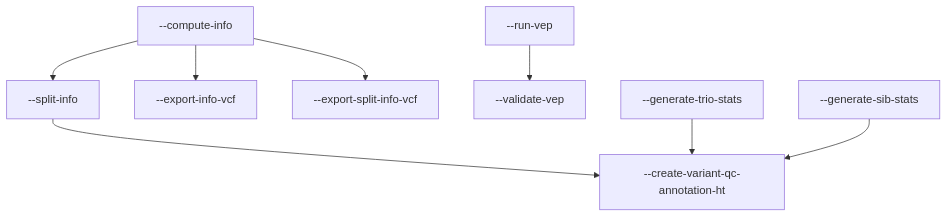
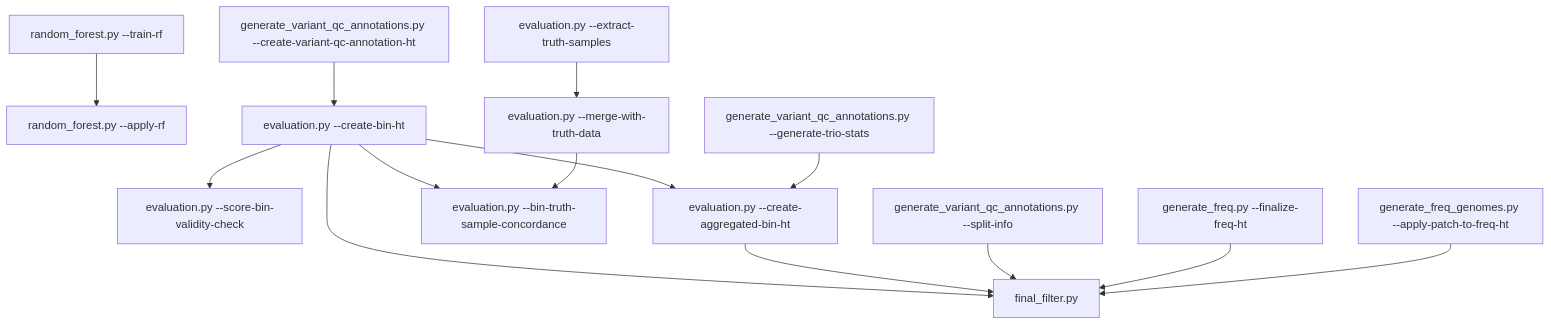
Before and after one commit to broadinstitute/gnomad_qc: the fourth of 34 diagrams in test_flowchart.md, drawn with Mermaid. The commit also changed other lines of this file, not shown here.

````diff
--- a/test_flowchart.md
+++ b/test_flowchart.md
@@ -42,10 +65,16 @@
 ```mermaid
 flowchart TD;
-  compute-info["--compute-info"] --> split-info["--split-info"];
-  split-info["--split-info"] --> create-variant-qc-annotation-ht["--create-variant-qc-annotation-ht"];
-  compute-info["--compute-info"] --> export-info-vcf["--export-info-vcf"];
-  compute-info["--compute-info"] --> export-split-info-vcf["--export-split-info-vcf"];
-  run-vep["--run-vep"] --> validate-vep["--validate-vep"];
-  generate-trio-stats["--generate-trio-stats"] --> create-variant-qc-annotation-ht["--create-variant-qc-annotation-ht"];
-  generate-sib-stats["--generate-sib-stats"] --> create-variant-qc-annotation-ht["--create-variant-qc-annotation-ht"];
+  train-rf["random_forest.py --train-rf"] --> apply-rf["random_forest.py --apply-rf"];
+  create-variant-qc-annotation-ht["generate_variant_qc_annotations.py --create-variant-qc-annotation-ht"] --> create-bin-ht["evaluation.py --create-bin-ht"];
+  create-bin-ht["evaluation.py --create-bin-ht"] --> score-bin-validity-check["evaluation.py --score-bin-validity-check"];
+  create-bin-ht["evaluation.py --create-bin-ht"] --> create-aggregated-bin-ht["evaluation.py --create-aggregated-bin-ht"];
+  generate-trio-stats["generate_variant_qc_annotations.py --generate-trio-stats"] --> create-aggregated-bin-ht["evaluation.py --create-aggregated-bin-ht"];
+  create-bin-ht["evaluation.py --create-bin-ht"] --> bin-truth-sample-concordance["evaluation.py --bin-truth-sample-concordance"];
+  merge-with-truth-data["evaluation.py --merge-with-truth-data"] --> bin-truth-sample-concordance["evaluation.py --bin-truth-sample-concordance"];
+  extract-truth-samples["evaluation.py --extract-truth-samples"] --> merge-with-truth-data["evaluation.py --merge-with-truth-data"];
+  create-bin-ht["evaluation.py --create-bin-ht"] --> final_filter.py["final_filter.py"];
+  create-aggregated-bin-ht["evaluation.py --create-aggregated-bin-ht"] --> final_filter.py["final_filter.py"];
+  split-info["generate_variant_qc_annotations.py --split-info"] --> final_filter.py["final_filter.py"];
+  finalize-freq-ht["generate_freq.py --finalize-freq-ht"] --> final_filter.py["final_filter.py"];
+  apply-patch-to-freq-ht["generate_freq_genomes.py --apply-patch-to-freq-ht"] --> final_filter.py["final_filter.py"];
 ```
````
